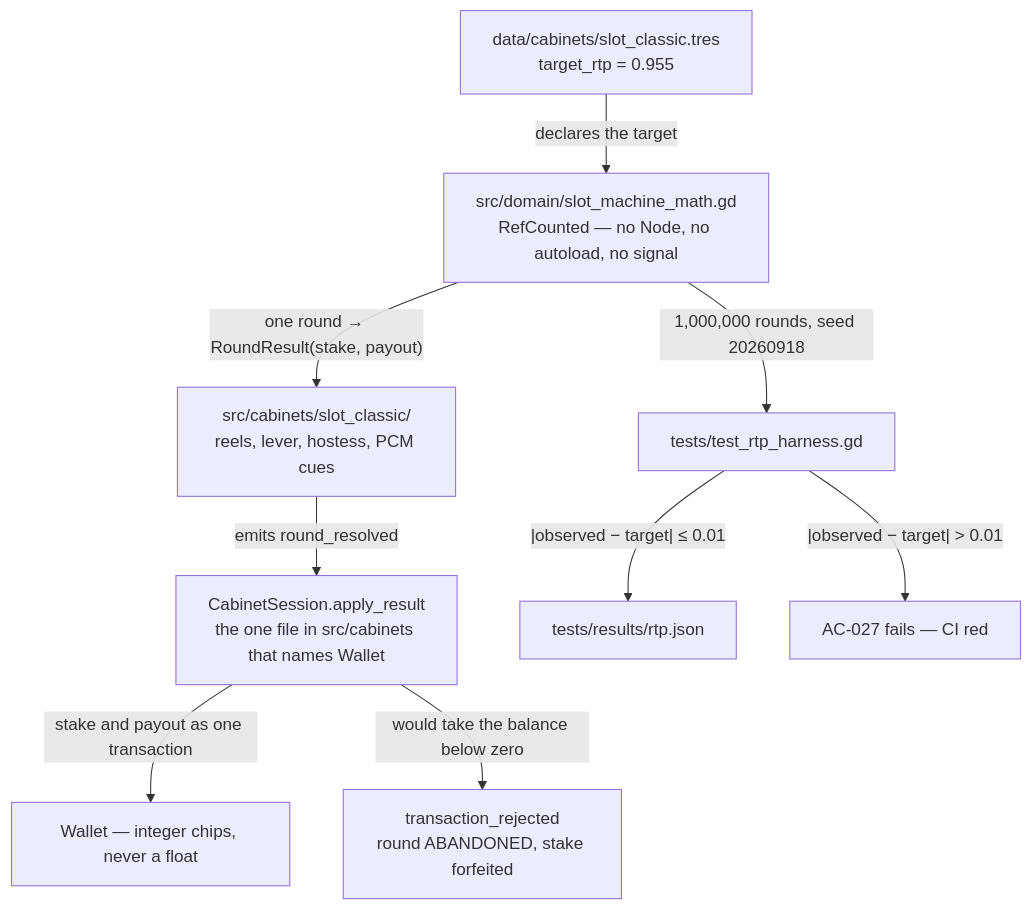
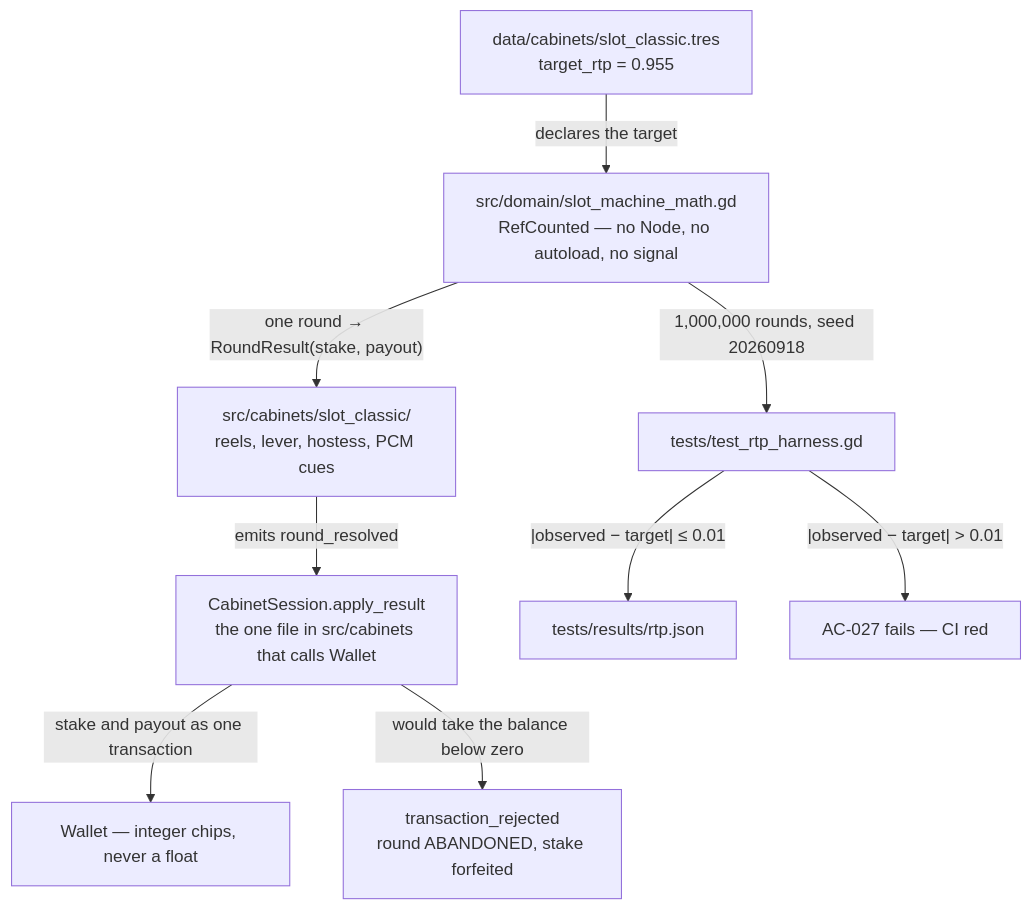
The diagram in README.md (DahanItamar/HouseRules), drawn with Mermaid before and after one commit. The commit also changed other lines of this file, not shown here.

````diff
--- a/README.md
+++ b/README.md
@@ -54,13 +58,13 @@
 ```mermaid
 flowchart TD
     DEF["data/cabinets/slot_classic.tres<br/>target_rtp = 0.955"]
     MATH["src/domain/slot_machine_math.gd<br/>RefCounted — no Node, no autoload, no signal"]
     DEF -- "declares the target" --> MATH
     MATH -- "one round → RoundResult(stake, payout)" --> CAB["src/cabinets/slot_classic/<br/>reels, lever, hostess, PCM cues"]
     MATH -- "1,000,000 rounds, seed 20260918" --> HARNESS["tests/test_rtp_harness.gd"]
-    CAB -- "emits round_resolved" --> SESSION["CabinetSession.apply_result<br/>the one file in src/cabinets that names Wallet"]
+    CAB -- "emits round_resolved" --> SESSION["CabinetSession.apply_result<br/>the one file in src/cabinets that calls Wallet"]
     SESSION -- "stake and payout as one transaction" --> WALLET["Wallet — integer chips, never a float"]
     SESSION -- "would take the balance below zero" --> REJECT["transaction_rejected<br/>round ABANDONED, stake forfeited"]
     HARNESS -- "|observed − target| ≤ 0.01" --> PASS["tests/results/rtp.json"]
     HARNESS -- "|observed − target| > 0.01" --> FAIL["AC-027 fails — CI red"]
 ```
````
